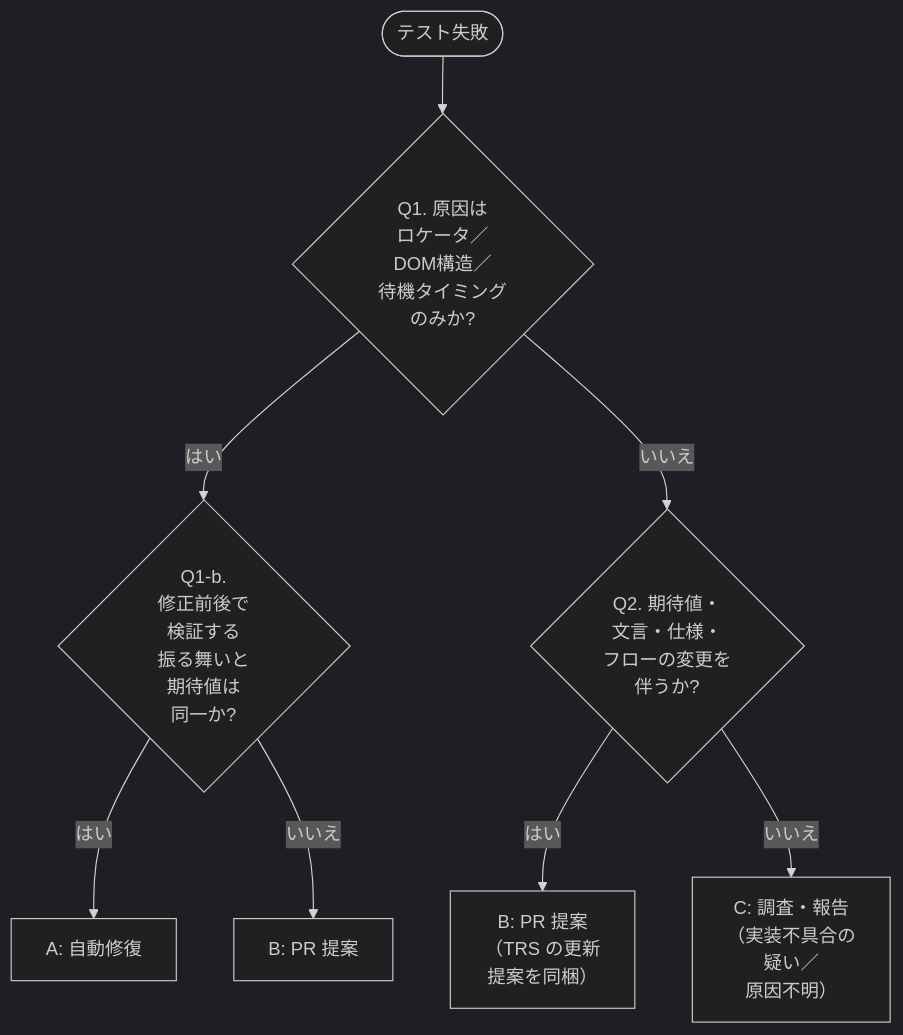
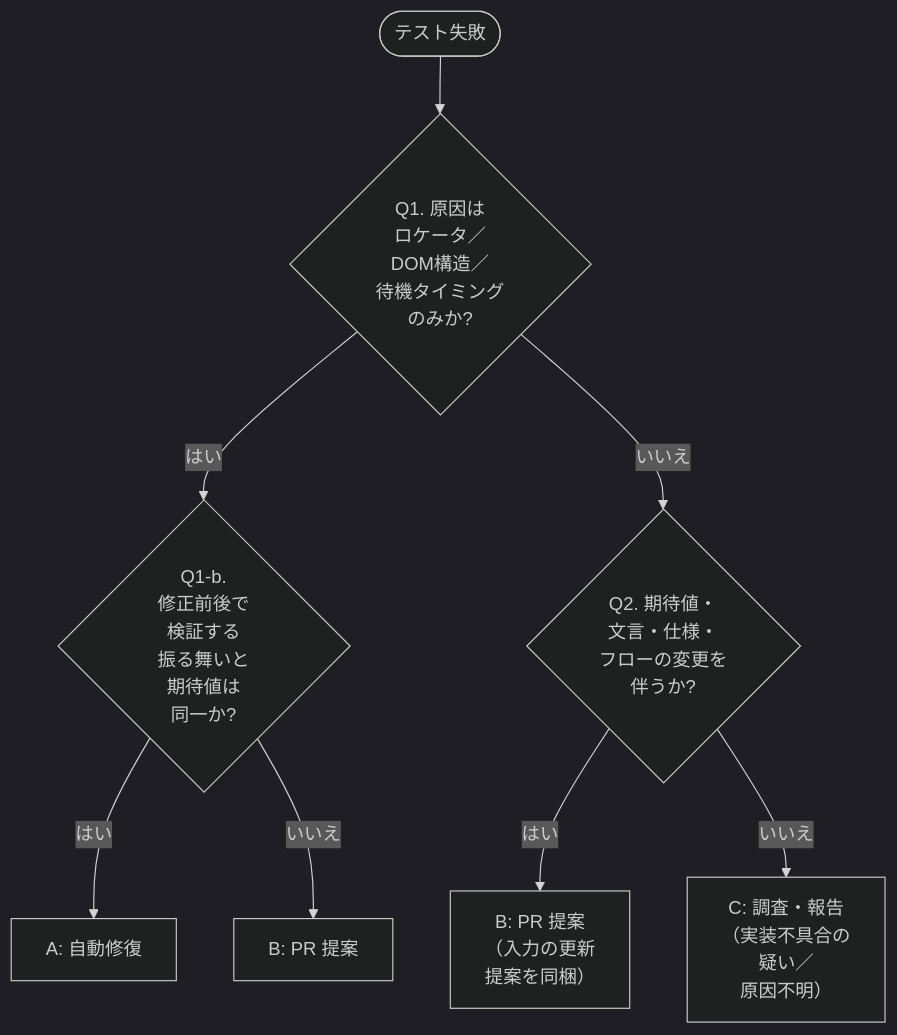
One commit to toshio-shiratori/harness-test-strategy changed the second of 3 diagrams in docs/testing/04-regression-governance.md. Above: the diagram before and after it, drawn with Mermaid (dark theme). The commit also changed other lines of this file and 6 other files, not shown here.

````diff
--- a/docs/testing/04-regression-governance.md
+++ b/docs/testing/04-regression-governance.md
@@ -145,10 +146,10 @@
 ```mermaid
 flowchart TB
   S(["テスト失敗"]) --> Q1{"Q1. 原因は<br/>ロケータ／<br/>DOM構造／<br/>待機タイミング<br/>のみか?"}
   Q1 -- "はい" --> Q1b{"Q1-b.<br/>修正前後で<br/>検証する<br/>振る舞いと<br/>期待値は<br/>同一か?"}
   Q1b -- "はい" --> A["A: 自動修復"]
   Q1b -- "いいえ" --> B["B: PR 提案"]
   Q1 -- "いいえ" --> Q2{"Q2. 期待値・<br/>文言・仕様・<br/>フローの変更を<br/>伴うか?"}
-  Q2 -- "はい" --> B2["B: PR 提案<br/>（TRS の更新<br/>提案を同梱）"]
+  Q2 -- "はい" --> B2["B: PR 提案<br/>（入力の更新<br/>提案を同梱）"]
   Q2 -- "いいえ" --> C["C: 調査・報告<br/>（実装不具合の<br/>疑い／<br/>原因不明）"]
 ```
````
